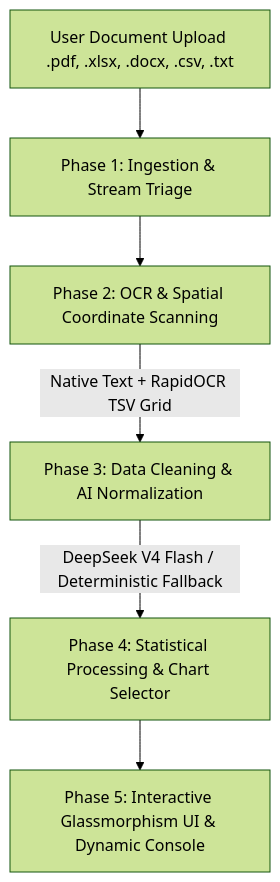
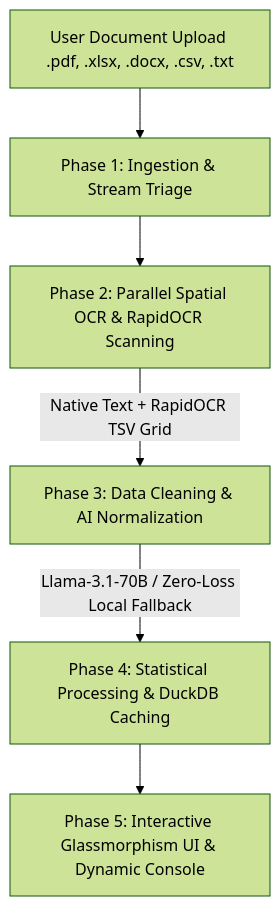
Before and after one commit to bhargav-Q/Visualizer: the diagram in README.md, drawn with Mermaid (forest theme). The commit also changed other lines of this file and 7 other files, not shown here.

````diff
--- a/README.md
+++ b/README.md
@@ -27,8 +28,8 @@
 ```mermaid
 graph TD
     A[User Document Upload .pdf, .xlsx, .docx, .csv, .txt] --> B[Phase 1: Ingestion & Stream Triage]
-    B --> C[Phase 2: OCR & Spatial Coordinate Scanning]
+    B --> C[Phase 2: Parallel Spatial OCR & RapidOCR Scanning]
     C -->|Native Text + RapidOCR TSV Grid| D[Phase 3: Data Cleaning & AI Normalization]
-    D -->|DeepSeek V4 Flash / Deterministic Fallback| E[Phase 4: Statistical Processing & Chart Selector]
+    D -->|Llama-3.1-70B / Zero-Loss Local Fallback| E[Phase 4: Statistical Processing & DuckDB Caching]
     E --> F[Phase 5: Interactive Glassmorphism UI & Dynamic Console]
 ```
````
